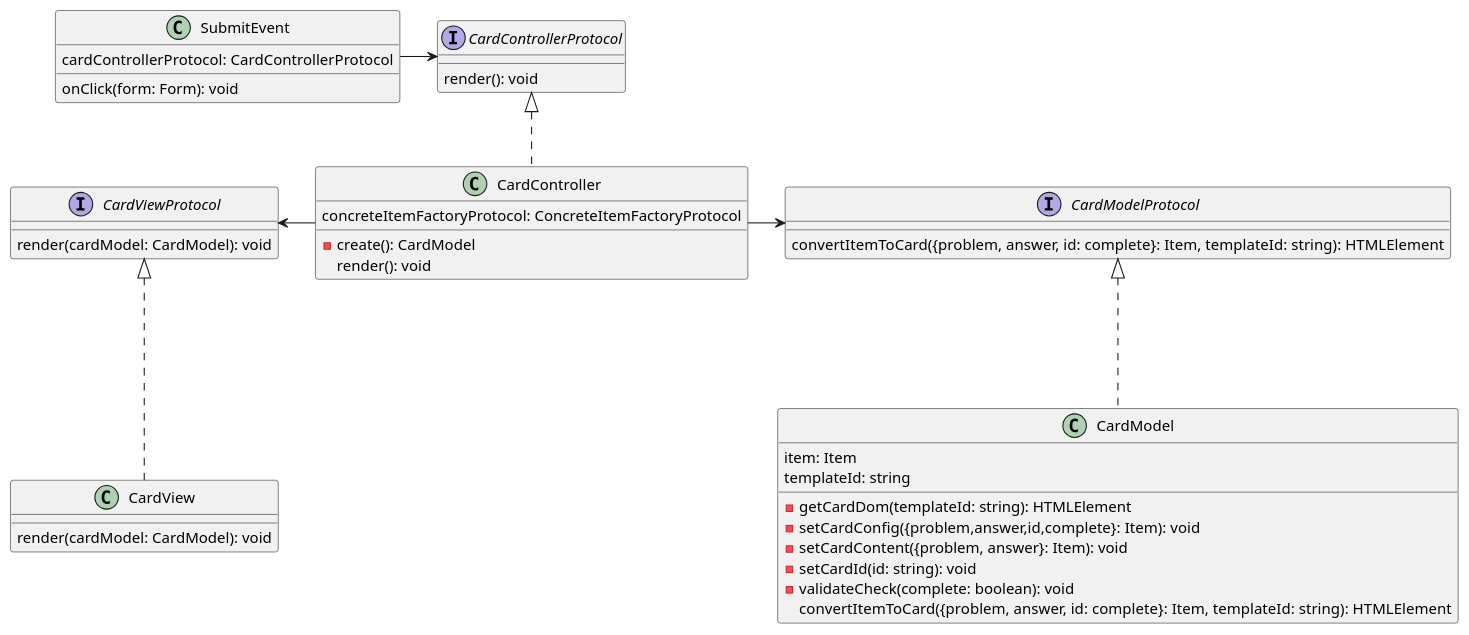
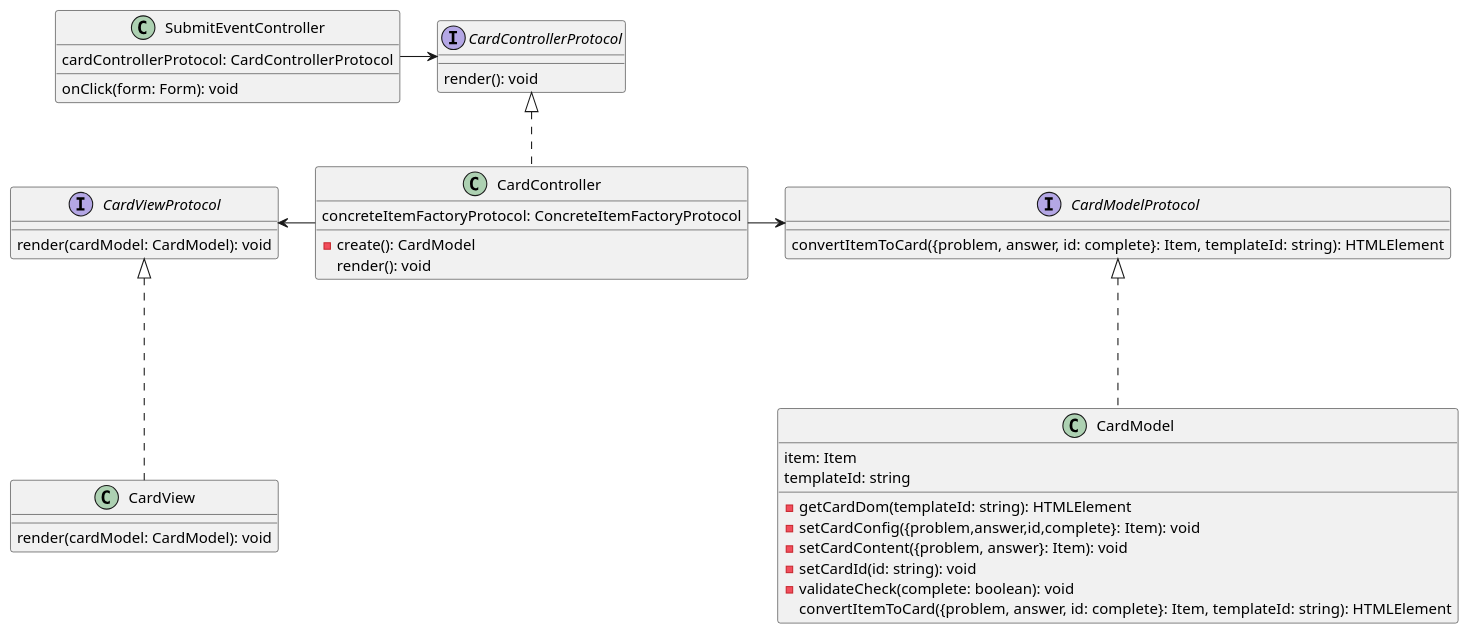
The diagram in renderItemList.puml (YNSTakeru/todo_practice), drawn with PlantUML before and after one commit. The commit also changed 12 other files, not shown here.

```diff
--- a/renderItemList.puml
+++ b/renderItemList.puml
@@ -1,51 +1,51 @@
 @startuml RendderItemList
 
 
-class SubmitEvent{
+class SubmitEventController{
     cardControllerProtocol: CardControllerProtocol
     onClick(form: Form): void
 }
 
 
 interface CardControllerProtocol{
     render(): void
 }
 
 class CardController{
     concreteItemFactoryProtocol: ConcreteItemFactoryProtocol
     - create(): CardModel
     render(): void
 }
 
 interface CardModelProtocol{
       convertItemToCard({problem, answer, id: complete}: Item, templateId: string): HTMLElement
 }
 
 class CardModel{
      item: Item
      templateId: string
 
     - getCardDom(templateId: string): HTMLElement
     - setCardConfig({problem,answer,id,complete}: Item): void
     - setCardContent({problem, answer}: Item): void
     - setCardId(id: string): void
     - validateCheck(complete: boolean): void
     convertItemToCard({problem, answer, id: complete}: Item, templateId: string): HTMLElement
 }
 
 interface CardViewProtocol{
     render(cardModel: CardModel): void
 }
 
 class CardView{
     render(cardModel: CardModel): void
 }
 
-SubmitEvent -> CardControllerProtocol
+SubmitEventController -> CardControllerProtocol
 CardControllerProtocol <|-. CardController
 CardController -> CardModelProtocol
 CardModelProtocol <|--. CardModel
 CardViewProtocol <- CardController
 CardViewProtocol <|--. CardView
 
 @enduml
```
